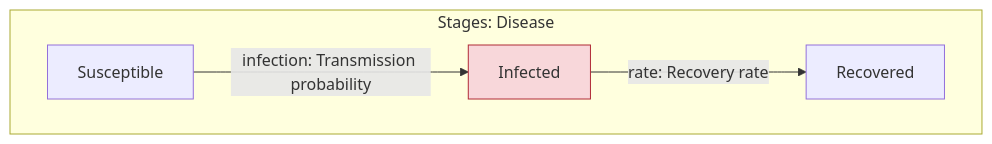
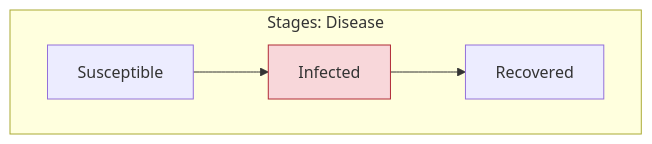
The diagram in epiworldpy/include/epiworld/models/sir.mmd (UofUEpiBio/epiworldpy), drawn with Mermaid before and after one commit. The commit also changed 16 other files, not shown here.

First line of the commit message:
Port epiworld NH-close: diagrams without transition labels (UofUEpiBio/epiworld#370)

```diff
--- a/epiworldpy/include/epiworld/models/sir.mmd
+++ b/epiworldpy/include/epiworld/models/sir.mmd
@@ -1,13 +1,13 @@
 %% Drawn from the model's declarations by `make diagrams`; do not edit.
 flowchart LR
     subgraph stages["Stages: Disease"]
         direction LR
         s0["Susceptible"]
         s1["Infected"]:::infectious
         s2["Recovered"]
-        s0 -->|"infection: Transmission probability"| s1
-        s1 -->|"rate: Recovery rate"| s2
+        s0 --> s1
+        s1 --> s2
     end
     classDef infectious fill:#f8d7da,stroke:#b02a37
     classDef carrier fill:#fff3cd,stroke:#997404
     classDef away fill:#e2e3e5,stroke:#6c757d
```
